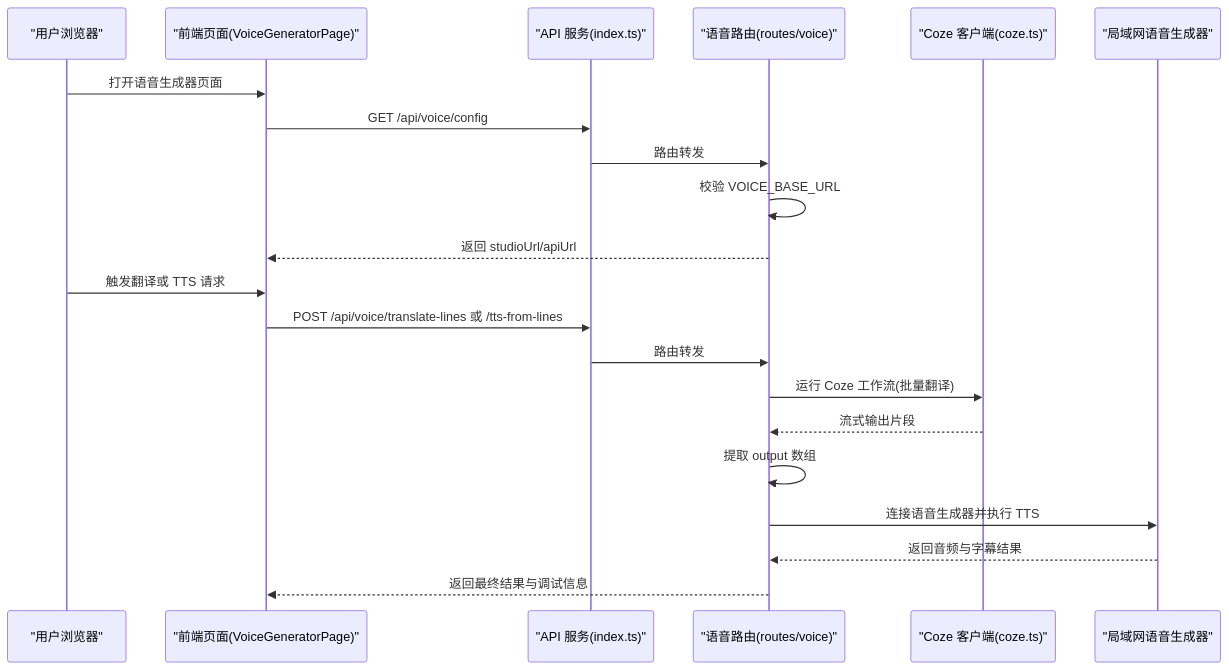
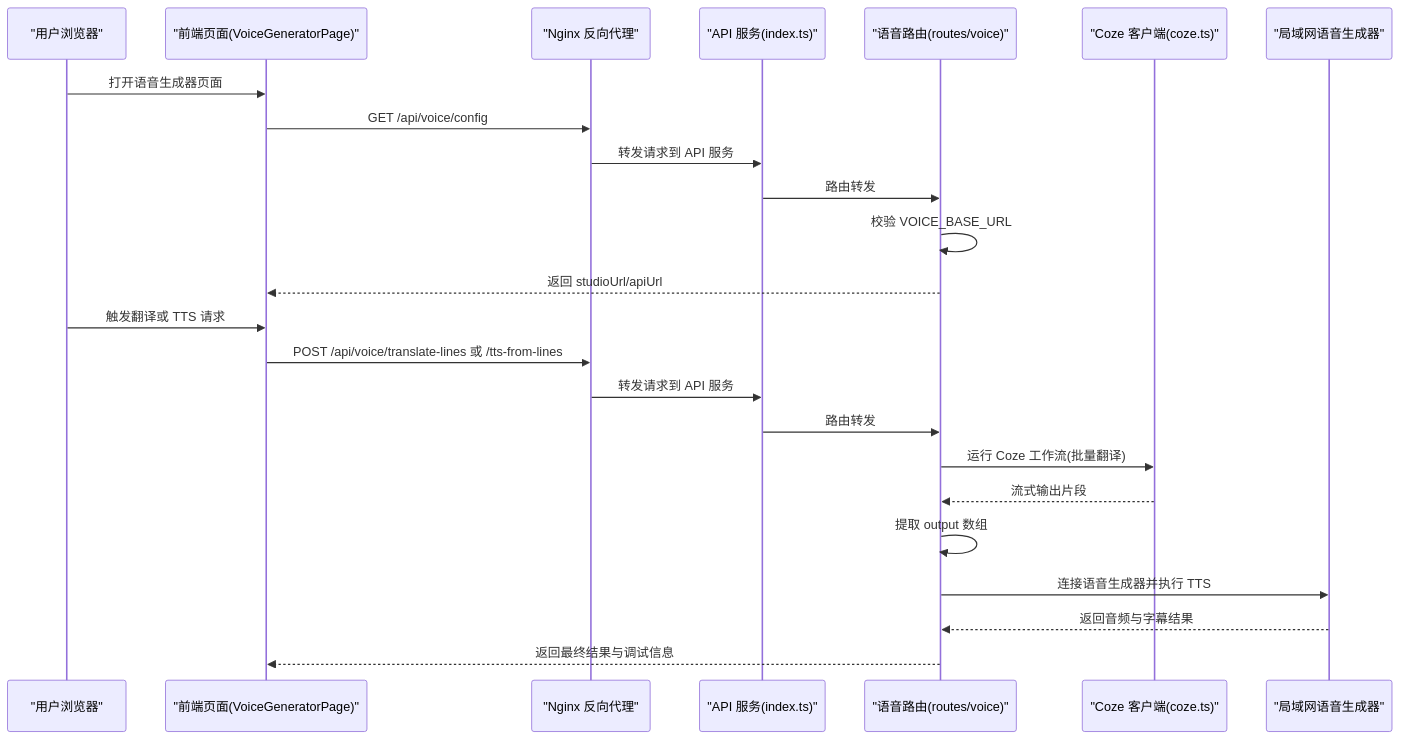
The second of 4 diagrams in .qoder/repowiki/zh/content/语音生成系统.md (hanksd769-droid/sailshub), drawn with Mermaid before and after one commit. The commit also changed other lines of this file and 13 other files, not shown here.

````diff
--- a/.qoder/repowiki/zh/content/语音生成系统.md
+++ b/.qoder/repowiki/zh/content/语音生成系统.md
@@ -118,23 +127,26 @@
 ```mermaid
 sequenceDiagram
 participant U as "用户浏览器"
 participant W as "前端页面(VoiceGeneratorPage)"
+participant N as "Nginx 反向代理"
 participant A as "API 服务(index.ts)"
 participant V as "语音路由(routes/voice)"
 participant C as "Coze 客户端(coze.ts)"
 participant S as "局域网语音生成器"
 U->>W : 打开语音生成器页面
-W->>A : GET /api/voice/config
+W->>N : GET /api/voice/config
+N->>A : 转发请求到 API 服务
 A->>V : 路由转发
 V->>V : 校验 VOICE_BASE_URL
 V-->>W : 返回 studioUrl/apiUrl
 U->>W : 触发翻译或 TTS 请求
-W->>A : POST /api/voice/translate-lines 或 /tts-from-lines
+W->>N : POST /api/voice/translate-lines 或 /tts-from-lines
+N->>A : 转发请求到 API 服务
 A->>V : 路由转发
 V->>C : 运行 Coze 工作流(批量翻译)
 C-->>V : 流式输出片段
 V->>V : 提取 output 数组
 V->>S : 连接语音生成器并执行 TTS
 S-->>V : 返回音频与字幕结果
 V-->>W : 返回最终结果与调试信息
 ```
````
